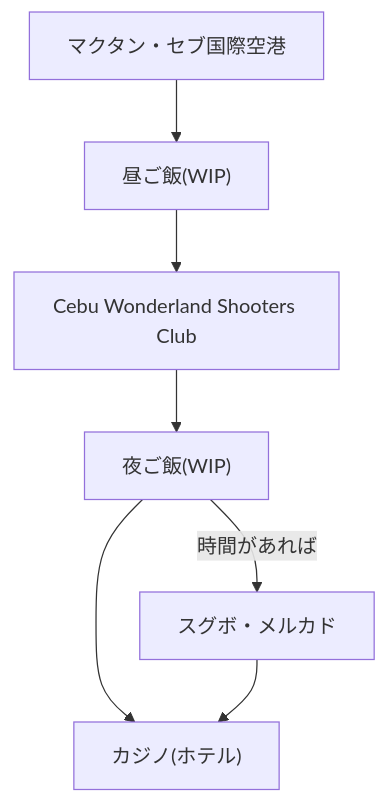
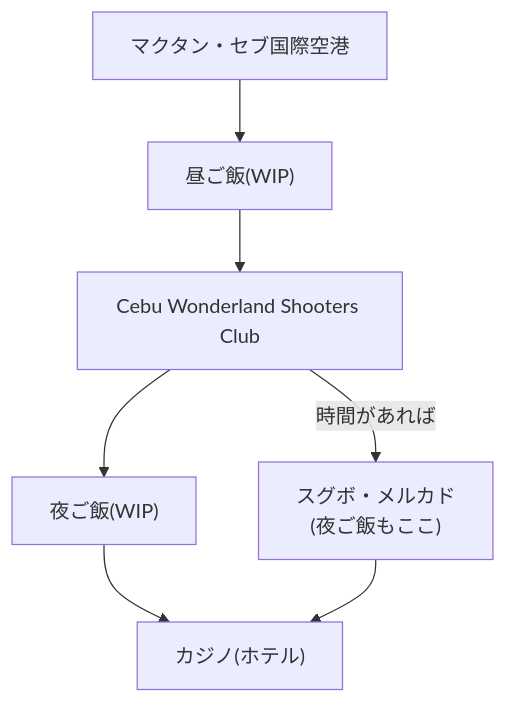
The diagram in plan.md (TKG-happy/Cebu_Island_travel_plan), drawn with Mermaid before and after one commit. The commit also changed other lines of this file, not shown here.

````diff
--- a/plan.md
+++ b/plan.md
@@ -15,13 +17,13 @@
 ```mermaid
 flowchart TB
     A["マクタン・セブ国際空港"] --> B["昼ご飯(WIP)"]
 
     B --> C["Cebu Wonderland Shooters Club"]
     click C "https://www.cebu-tours.com/gun" "Cebu Wonderland Shooters Club"
 
     C --> D["夜ご飯(WIP)"]
-    D --> |時間があれば|E["スグボ・メルカド"]
+    C --> |時間があれば|E["スグボ・メルカド<br>(夜ご飯もここ)"]
     D --> F["カジノ(ホテル)"]
     E --> F["カジノ(ホテル)"]
     click E "https://www.ceburyugaku-master.com/activity/sugbo.html" "スグボ・メルカド"
 ```
````
